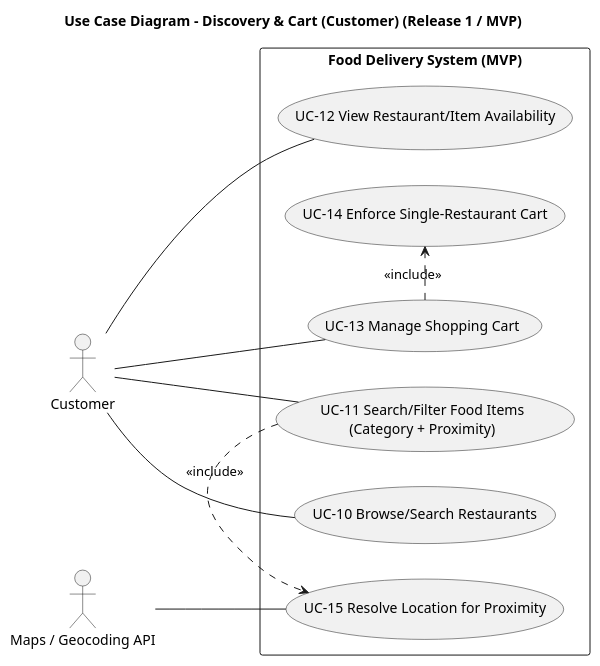
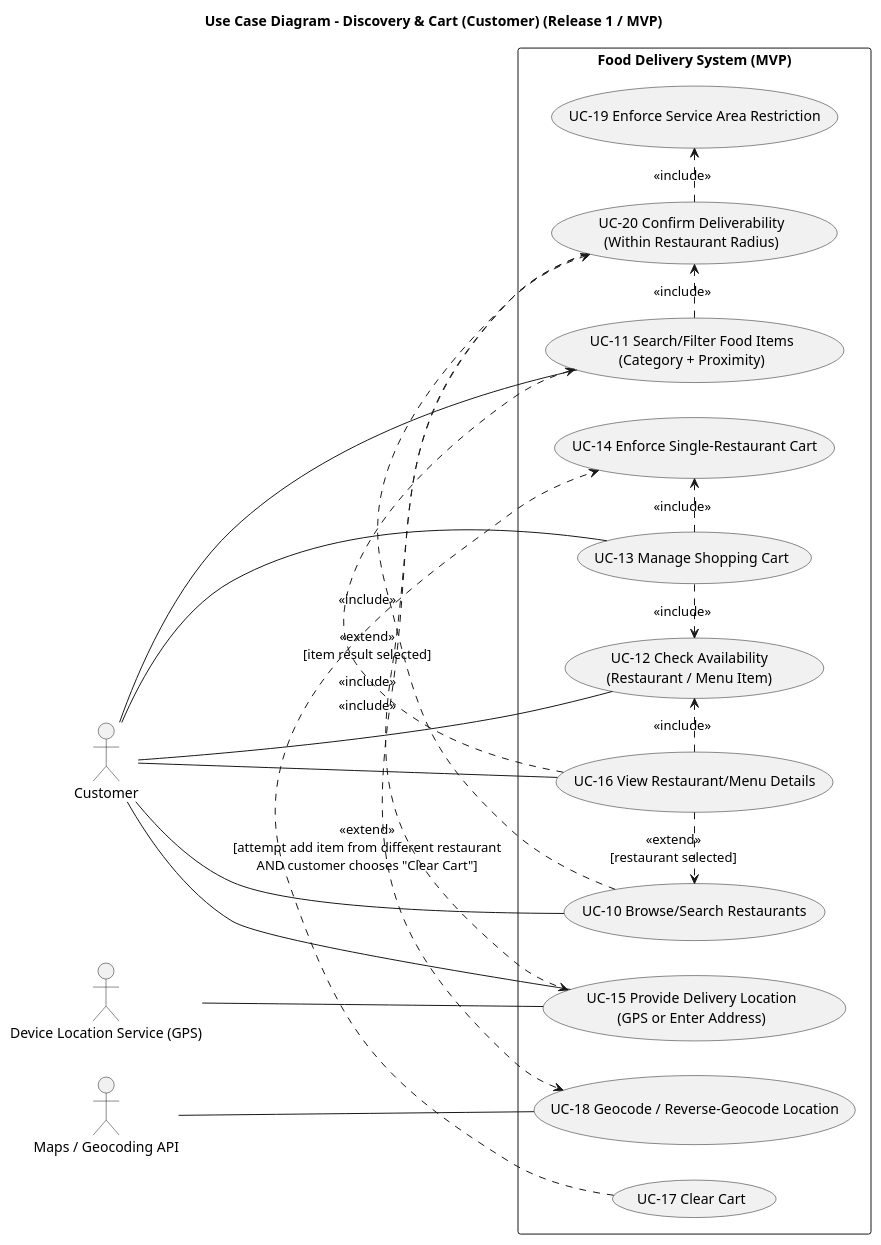
One commit to luubinhdeptrai/Architecture-FoodDelivery changed the diagram in Documents/usecase-diagrams/02-discovery-cart.puml. Above: the diagram before and after it, drawn with PlantUML. The commit also changed 1 other file, not shown here.

```diff
--- a/Documents/usecase-diagrams/02-discovery-cart.puml
+++ b/Documents/usecase-diagrams/02-discovery-cart.puml
@@ -1,31 +1,56 @@
 @startuml
 title Use Case Diagram - Discovery & Cart (Customer) (Release 1 / MVP)
 
 left to right direction
 skinparam packageStyle rectangle
 skinparam shadowing false
 
 actor "Customer" as A_Customer
+actor "Device Location Service (GPS)" as A_GPS
 actor "Maps / Geocoding API" as A_Maps
 
 rectangle "Food Delivery System (MVP)" as SYS {
   usecase "UC-10 Browse/Search Restaurants" as UC10
   usecase "UC-11 Search/Filter Food Items\n(Category + Proximity)" as UC11
-  usecase "UC-12 View Restaurant/Item Availability" as UC12
+  usecase "UC-12 Check Availability\n(Restaurant / Menu Item)" as UC12
+
+  usecase "UC-16 View Restaurant/Menu Details" as UC16
 
   usecase "UC-13 Manage Shopping Cart" as UC13
   usecase "UC-14 Enforce Single-Restaurant Cart" as UC14
 
-  usecase "UC-15 Resolve Location for Proximity" as UC15
+  usecase "UC-17 Clear Cart" as UC17
+
+  usecase "UC-15 Provide Delivery Location\n(GPS or Enter Address)" as UC15
+  usecase "UC-18 Geocode / Reverse-Geocode Location" as UC18
+  usecase "UC-19 Enforce Service Area Restriction" as UC19
+  usecase "UC-20 Confirm Deliverability\n(Within Restaurant Radius)" as UC20
 }
 
 A_Customer -- UC10
 A_Customer -- UC11
 A_Customer -- UC12
+A_Customer -- UC16
 A_Customer -- UC13
-A_Maps -- UC15
+A_Customer -- UC15
+A_GPS -- UC15
+A_Maps -- UC18
 
 UC13 .> UC14 : <<include>>
-UC11 .> UC15 : <<include>>
+UC13 .> UC12 : <<include>>
+
+UC16 .> UC10 : <<extend>>\n[restaurant selected]
+UC16 .> UC11 : <<extend>>\n[item result selected]
+
+UC17 .> UC14 : <<extend>>\n[attempt add item from different restaurant\nAND customer chooses "Clear Cart"]
+
+UC16 .> UC12 : <<include>>
+
+UC10 .> UC20 : <<include>>
+UC11 .> UC20 : <<include>>
+UC20 .> UC15 : <<include>>
+UC20 .> UC19 : <<include>>
+
+UC20 .> UC18 : <<include>>
 
 @enduml
```
